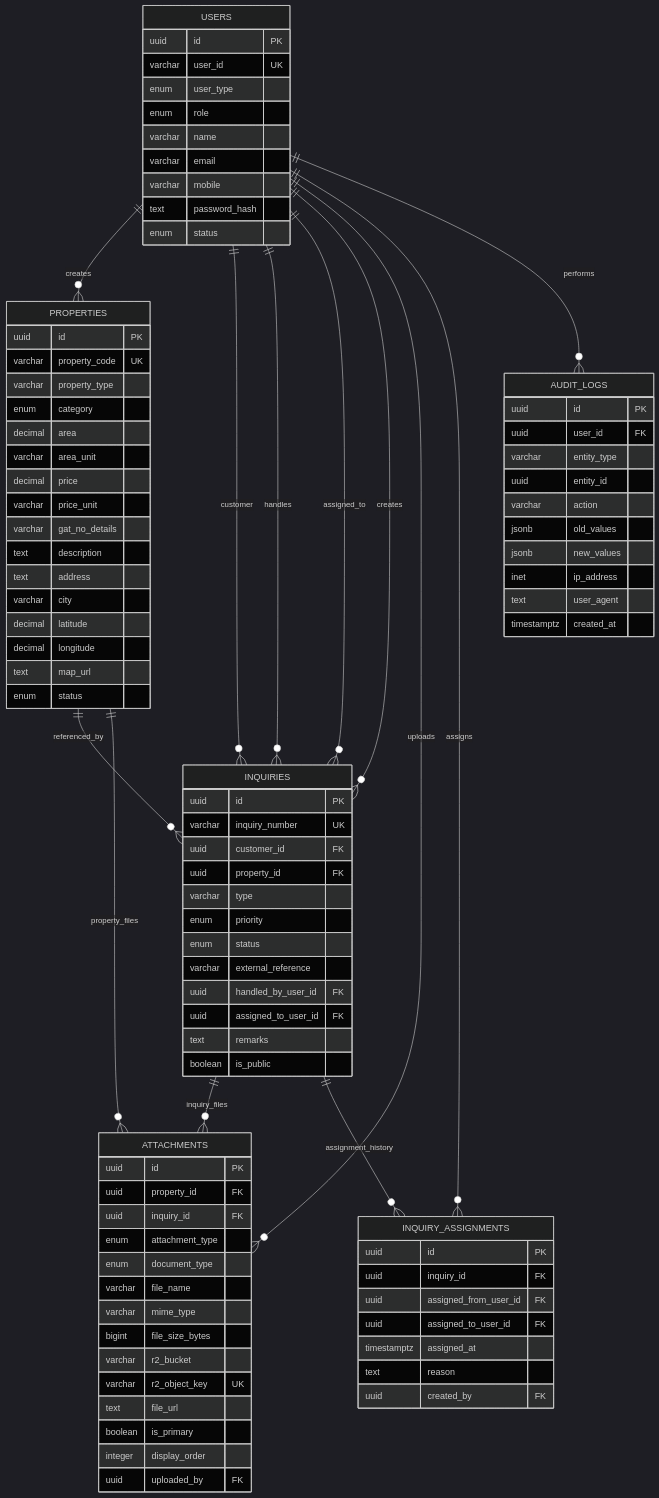
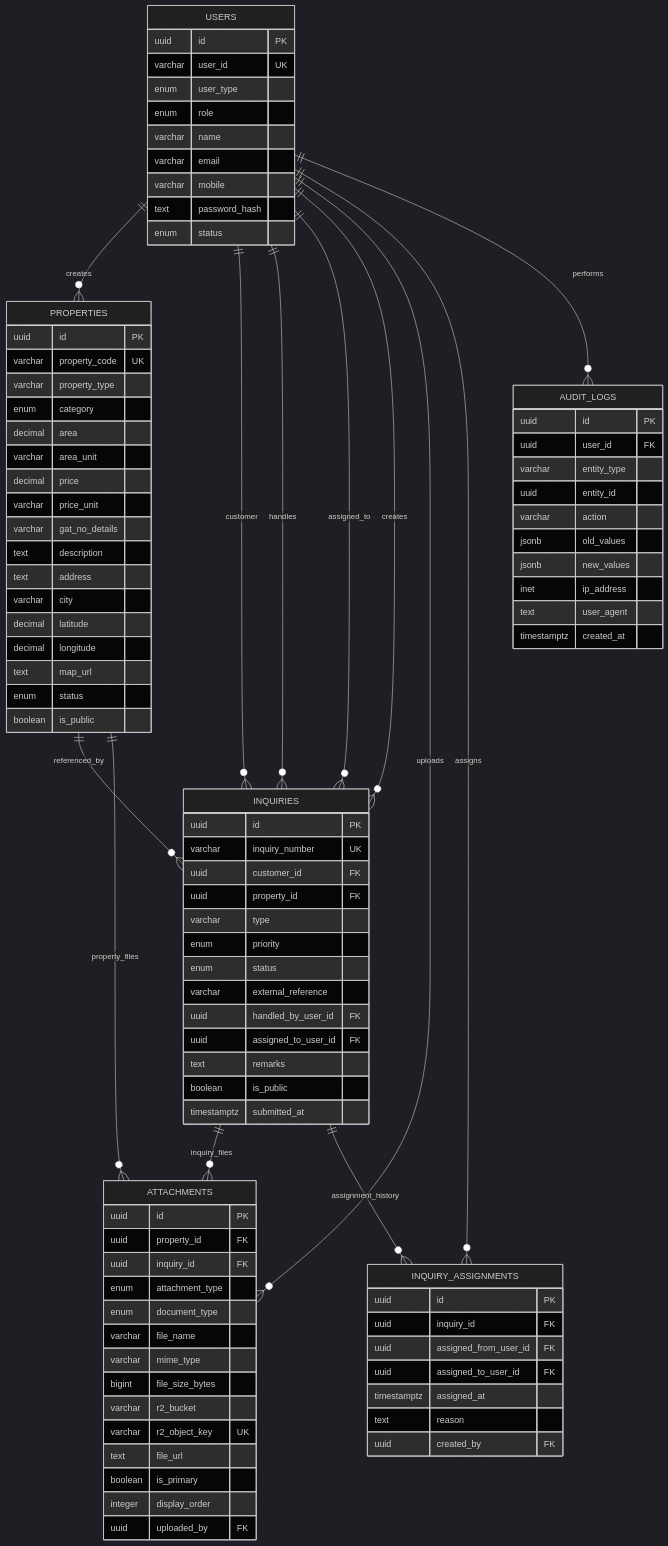
The diagram in docs/database/erd.mmd (mangeshsalve/aryan-landmark-solutions), drawn with Mermaid (dark theme) before and after one commit. The commit also changed 50 other files, not shown here.

```diff
--- a/docs/database/erd.mmd
+++ b/docs/database/erd.mmd
@@ -1,105 +1,107 @@
 erDiagram
 
     USERS ||--o{ PROPERTIES : creates
     USERS ||--o{ INQUIRIES : customer
     USERS ||--o{ INQUIRIES : handles
     USERS ||--o{ INQUIRIES : assigned_to
     USERS ||--o{ INQUIRIES : creates
 
     PROPERTIES ||--o{ INQUIRIES : referenced_by
 
     PROPERTIES ||--o{ ATTACHMENTS : property_files
     INQUIRIES ||--o{ ATTACHMENTS : inquiry_files
 
     INQUIRIES ||--o{ INQUIRY_ASSIGNMENTS : assignment_history
 
     USERS ||--o{ ATTACHMENTS : uploads
     USERS ||--o{ INQUIRY_ASSIGNMENTS : assigns
 
     USERS ||--o{ AUDIT_LOGS : performs
 
     USERS {
         uuid id PK
         varchar user_id UK
         enum user_type
         enum role
         varchar name
         varchar email
         varchar mobile
         text password_hash
         enum status
     }
 
     PROPERTIES {
         uuid id PK
         varchar property_code UK
         varchar property_type
         enum category
         decimal area
         varchar area_unit
         decimal price
         varchar price_unit
         varchar gat_no_details
         text description
         text address
         varchar city
         decimal latitude
         decimal longitude
         text map_url
         enum status
+        boolean is_public
     }
 
     INQUIRIES {
         uuid id PK
         varchar inquiry_number UK
         uuid customer_id FK
         uuid property_id FK
         varchar type
         enum priority
         enum status
         varchar external_reference
         uuid handled_by_user_id FK
         uuid assigned_to_user_id FK
         text remarks
         boolean is_public
+        timestamptz submitted_at
     }
 
     ATTACHMENTS {
         uuid id PK
         uuid property_id FK
         uuid inquiry_id FK
         enum attachment_type
         enum document_type
         varchar file_name
         varchar mime_type
         bigint file_size_bytes
         varchar r2_bucket
         varchar r2_object_key UK
         text file_url
         boolean is_primary
         integer display_order
         uuid uploaded_by FK
     }
 
     INQUIRY_ASSIGNMENTS {
         uuid id PK
         uuid inquiry_id FK
         uuid assigned_from_user_id FK
         uuid assigned_to_user_id FK
         timestamptz assigned_at
         text reason
         uuid created_by FK
     }
 
     AUDIT_LOGS {
         uuid id PK
         uuid user_id FK
         varchar entity_type
         uuid entity_id
         varchar action
         jsonb old_values
         jsonb new_values
         inet ip_address
         text user_agent
         timestamptz created_at
     }
```
